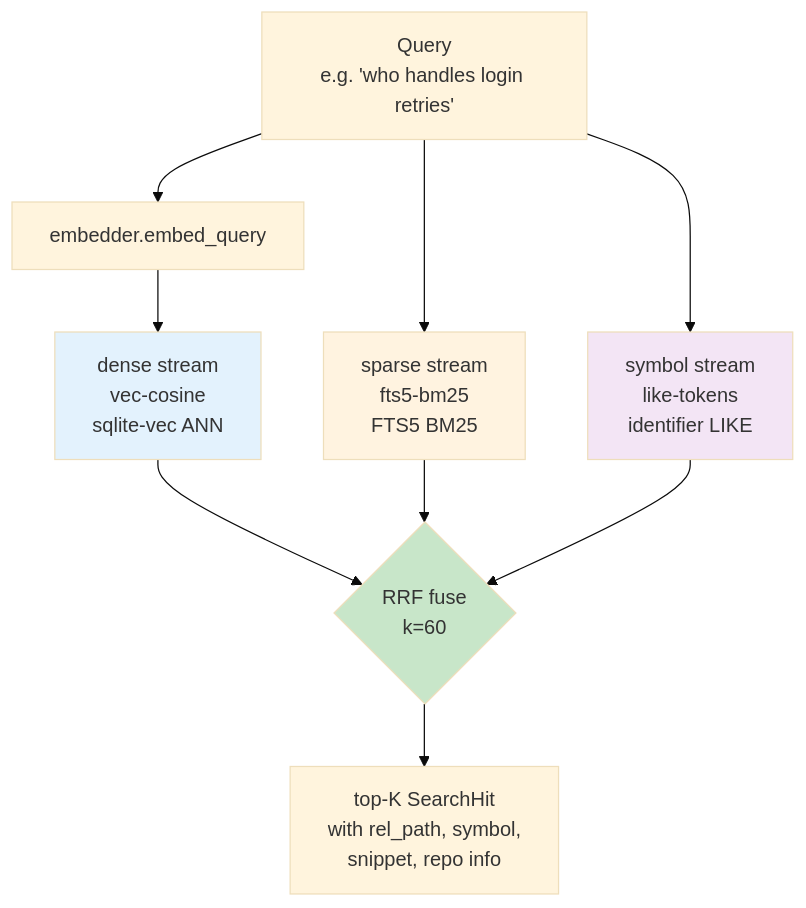
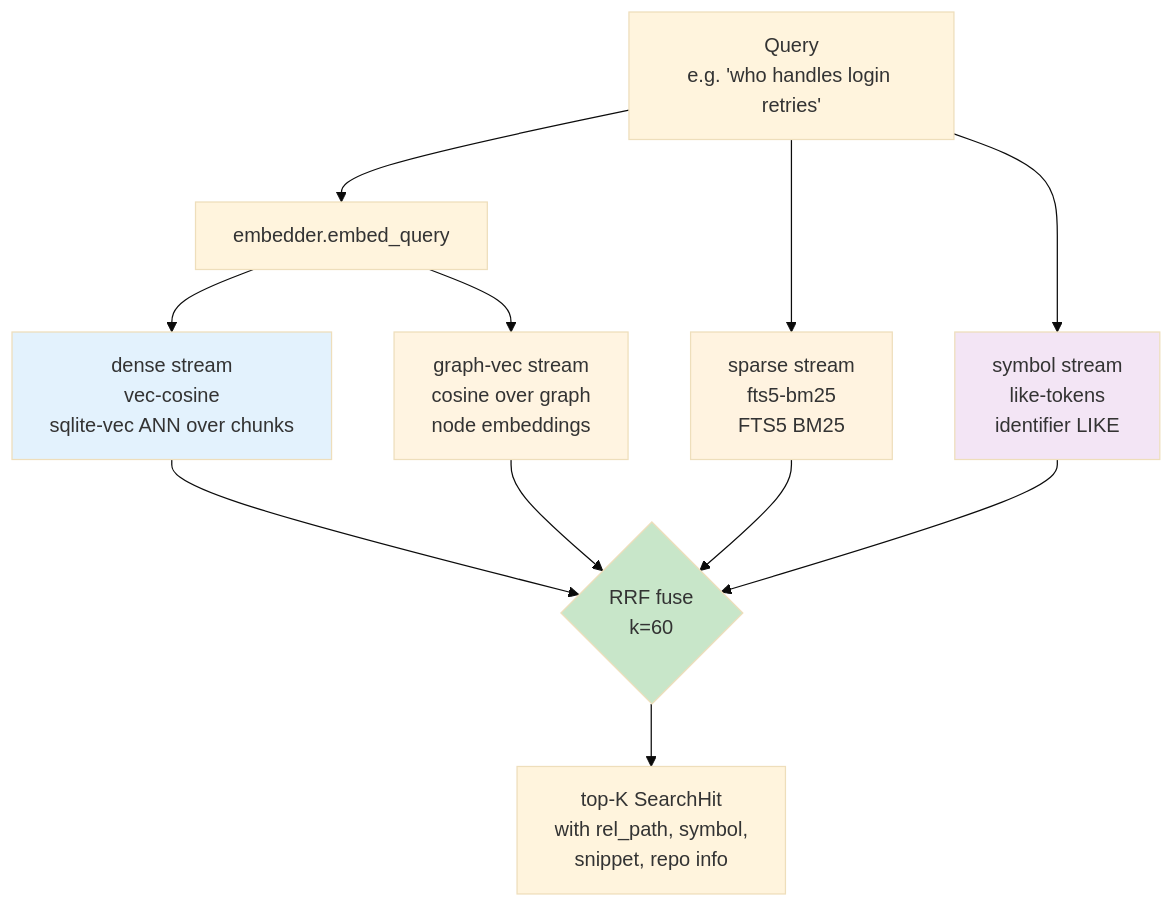
The second of 5 diagrams in README.md (JonatasFischer/stropha), drawn with Mermaid (base theme) before and after one commit. The commit also changed other lines of this file and 20 other files, not shown here.

````diff
--- a/README.md
+++ b/README.md
@@ -188,17 +193,20 @@
 ```mermaid
 flowchart TB
     Q["Query<br/>e.g. 'who handles login retries'"]
     Q --> EMB[embedder.embed_query]
-    EMB --> D[dense stream<br/>vec-cosine<br/>sqlite-vec ANN]
+    EMB --> D[dense stream<br/>vec-cosine<br/>sqlite-vec ANN over chunks]
     Q --> B[sparse stream<br/>fts5-bm25<br/>FTS5 BM25]
     Q --> SYM[symbol stream<br/>like-tokens<br/>identifier LIKE]
+    EMB --> GV[graph-vec stream<br/>cosine over graph<br/>node embeddings]
     D --> RRF{RRF fuse<br/>k=60}
     B --> RRF
     SYM --> RRF
+    GV --> RRF
     RRF --> TOP["top-K SearchHit<br/>with rel_path, symbol,<br/>snippet, repo info"]
 
     style D fill:#e3f2fd
     style B fill:#fff3e0
     style SYM fill:#f3e5f5
+    style GV fill:#fff4e1
     style RRF fill:#c8e6c9
 ```
````
